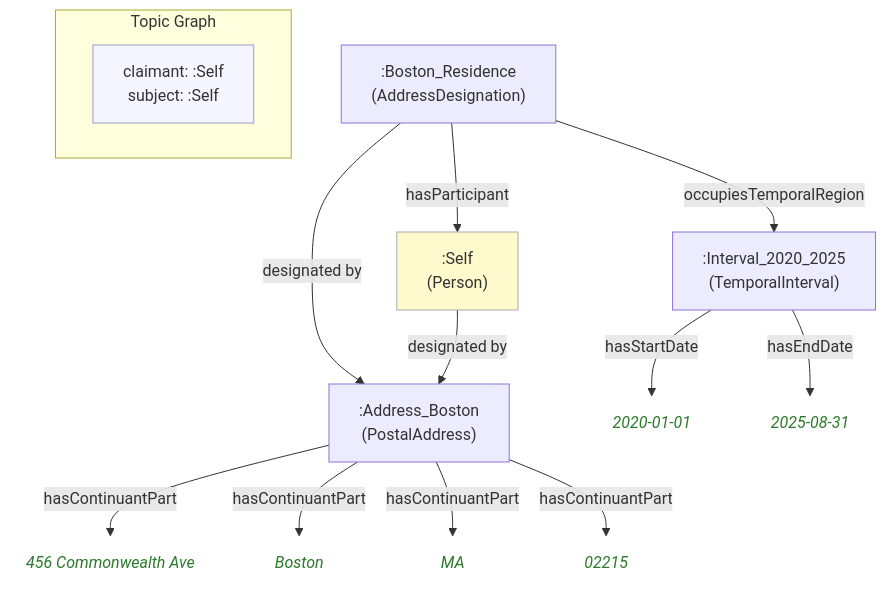
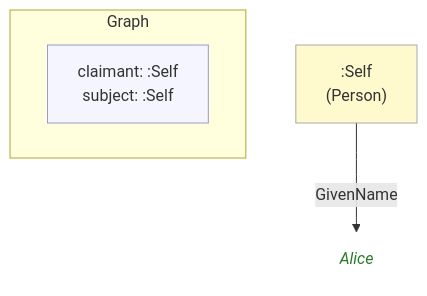
One commit to MeeFoundation/mia-ontologies changed the diagram in example/graphs/images/graph-13.mmd. Above: the diagram before and after it, drawn with Mermaid. The commit also changed 101 other files, not shown here.

```diff
--- a/example/graphs/images/graph-13.mmd
+++ b/example/graphs/images/graph-13.mmd
@@ -1,33 +1,15 @@
 flowchart TD
     classDef person fill:#fffacd,stroke:#aaa,color:#333
-    classDef grp    fill:#d4edda,stroke:#aaa,color:#333
     classDef org    fill:#cce5ff,stroke:#aaa,color:#333
     classDef lit    fill:none,stroke:none,font-style:italic,color:#2a7a2a
     classDef meta   fill:#f5f5ff,stroke:#9999cc,color:#333
 
-    subgraph ctx["Topic Graph"]
+    subgraph ctx["Graph"]
         direction LR
         ctx_meta["claimant: :Self\nsubject: :Self"]:::meta
     end
 
-    nc67f0317dd3d[":Address_Boston\n(PostalAddress)"]
-    nf0a1c84f6cd1("456 Commonwealth Ave"):::lit
-    n9f0d560f6acd("Boston"):::lit
-    n6948bf26ac59("MA"):::lit
-    n8558f0e7541f("02215"):::lit
-    n596b411b2d6f[":Boston_Residence\n(AddressDesignation)"]
     ne0c3ba92f1db[":Self\n(Person)"]:::person
-    n712165170b98[":Interval_2020_2025\n(TemporalInterval)"]
-    n9dc9a14921d5("2020-01-01"):::lit
-    n6c16da9fd750("2025-08-31"):::lit
+    ne56fbcabd86f("Alice"):::lit
 
-    nc67f0317dd3d -->|"hasContinuantPart"| nf0a1c84f6cd1
-    nc67f0317dd3d -->|"hasContinuantPart"| n9f0d560f6acd
-    nc67f0317dd3d -->|"hasContinuantPart"| n6948bf26ac59
-    nc67f0317dd3d -->|"hasContinuantPart"| n8558f0e7541f
-    n596b411b2d6f -->|"hasParticipant"| ne0c3ba92f1db
-    n596b411b2d6f -->|"designated by"| nc67f0317dd3d
-    n596b411b2d6f -->|"occupiesTemporalRegion"| n712165170b98
-    n712165170b98 -->|"hasStartDate"| n9dc9a14921d5
-    n712165170b98 -->|"hasEndDate"| n6c16da9fd750
-    ne0c3ba92f1db -->|"designated by"| nc67f0317dd3d
+    ne0c3ba92f1db -->|"GivenName"| ne56fbcabd86f
```
